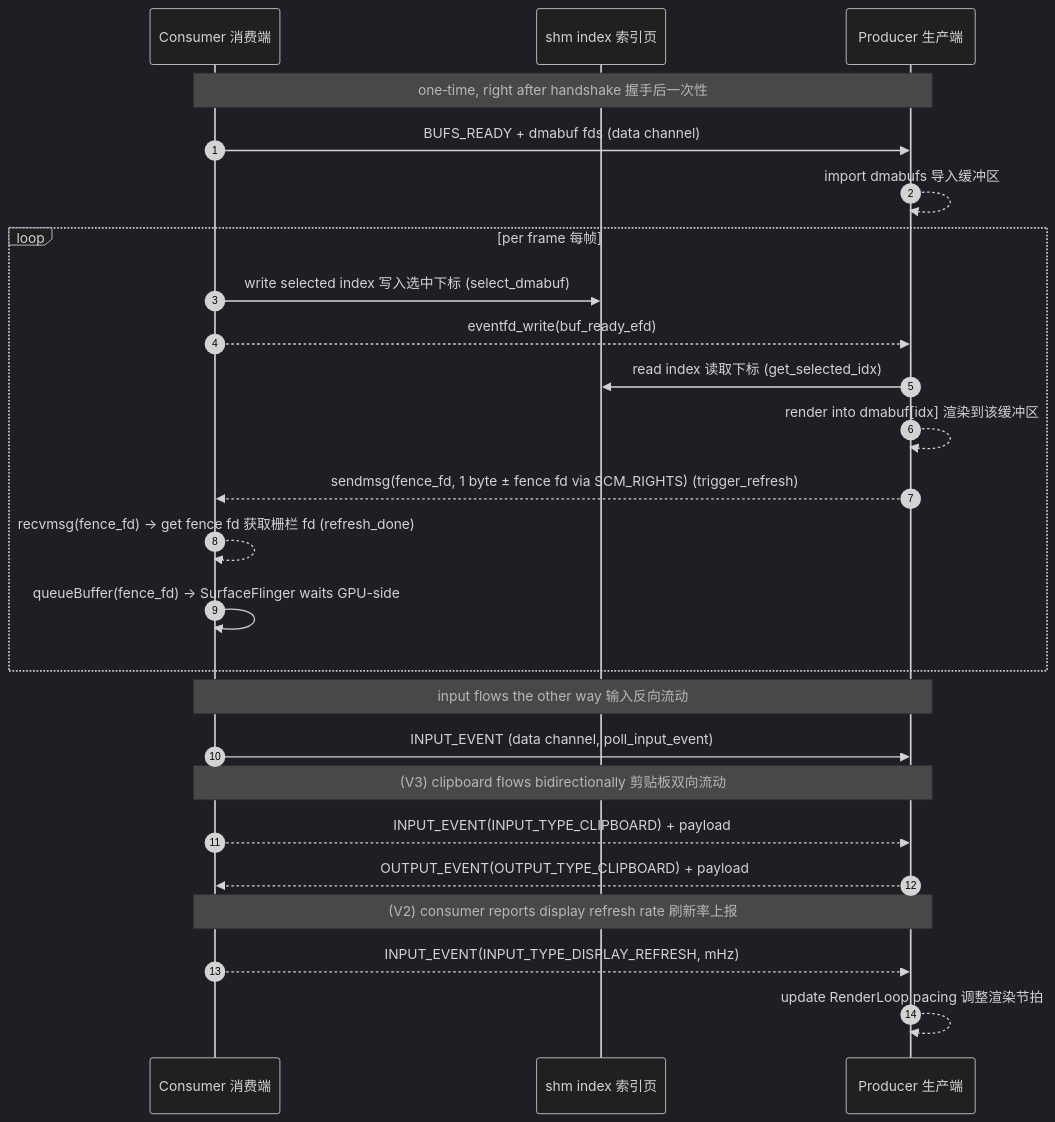
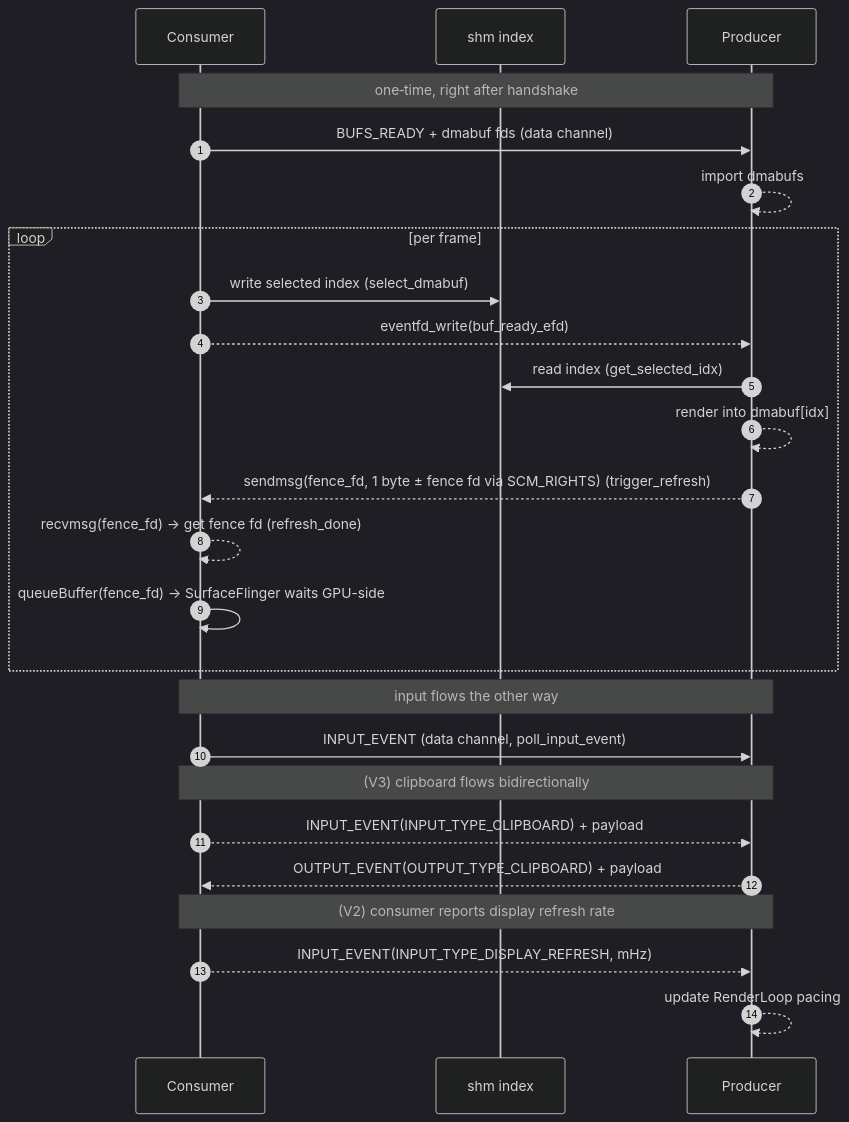
One commit to dinhmaiphuong2025/anland changed the first of 4 diagrams in README.md. Above: the diagram before and after it, drawn with Mermaid (dark theme). The commit also changed other lines of this file and 3 other files, not shown here.

````diff
--- a/README.md
+++ b/README.md
@@ -384,32 +331,32 @@
 ```mermaid
 sequenceDiagram
     autonumber
-    participant C as Consumer 消费端
-    participant SHM as shm index 索引页
-    participant P as Producer 生产端
+    participant C as Consumer
+    participant SHM as shm index
+    participant P as Producer
 
-    Note over C,P: one‑time, right after handshake 握手后一次性
+    Note over C,P: one‑time, right after handshake
     C->>P: BUFS_READY + dmabuf fds (data channel)
-    P-->>P: import dmabufs 导入缓冲区
+    P-->>P: import dmabufs
 
-    loop per frame 每帧
-        C->>SHM: write selected index 写入选中下标 (select_dmabuf)
+    loop per frame
+        C->>SHM: write selected index (select_dmabuf)
         C-->>P: eventfd_write(buf_ready_efd)
-        P->>SHM: read index 读取下标 (get_selected_idx)
-        P-->>P: render into dmabuf[idx] 渲染到该缓冲区
-        P-->>C: sendmsg(fence_fd, 1 byte ± fence fd via SCM_RIGHTS)  (trigger_refresh)
-        C-->>C: recvmsg(fence_fd) → get fence fd 获取栅栏 fd (refresh_done)
+        P->>SHM: read index (get_selected_idx)
+        P-->>P: render into dmabuf[idx]
+        P-->>C: sendmsg(fence_fd, 1 byte ± fence fd via SCM_RIGHTS) (trigger_refresh)
+        C-->>C: recvmsg(fence_fd) → get fence fd (refresh_done)
         C->>C: queueBuffer(fence_fd) → SurfaceFlinger waits GPU-side
     end
 
-    Note over C,P: input flows the other way 输入反向流动
+    Note over C,P: input flows the other way
     C->>P: INPUT_EVENT (data channel, poll_input_event)
 
-    Note over C,P: (V3) clipboard flows bidirectionally 剪贴板双向流动
+    Note over C,P: (V3) clipboard flows bidirectionally
     C-->>P: INPUT_EVENT(INPUT_TYPE_CLIPBOARD) + payload
     P-->>C: OUTPUT_EVENT(OUTPUT_TYPE_CLIPBOARD) + payload
 
-    Note over C,P: (V2) consumer reports display refresh rate 刷新率上报
+    Note over C,P: (V2) consumer reports display refresh rate
     C-->>P: INPUT_EVENT(INPUT_TYPE_DISPLAY_REFRESH, mHz)
-    P-->>P: update RenderLoop pacing 调整渲染节拍
+    P-->>P: update RenderLoop pacing
 ```
````
